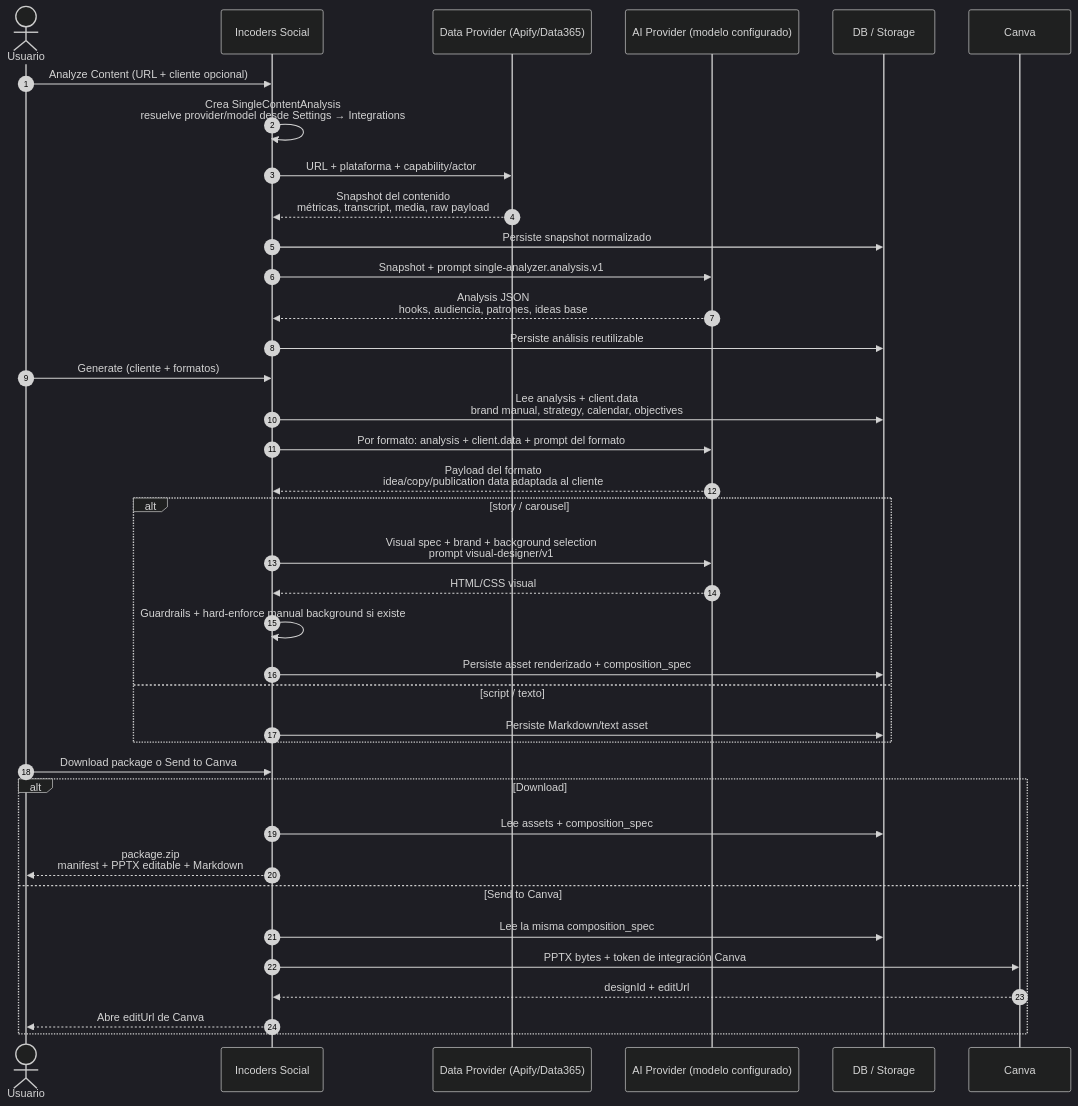
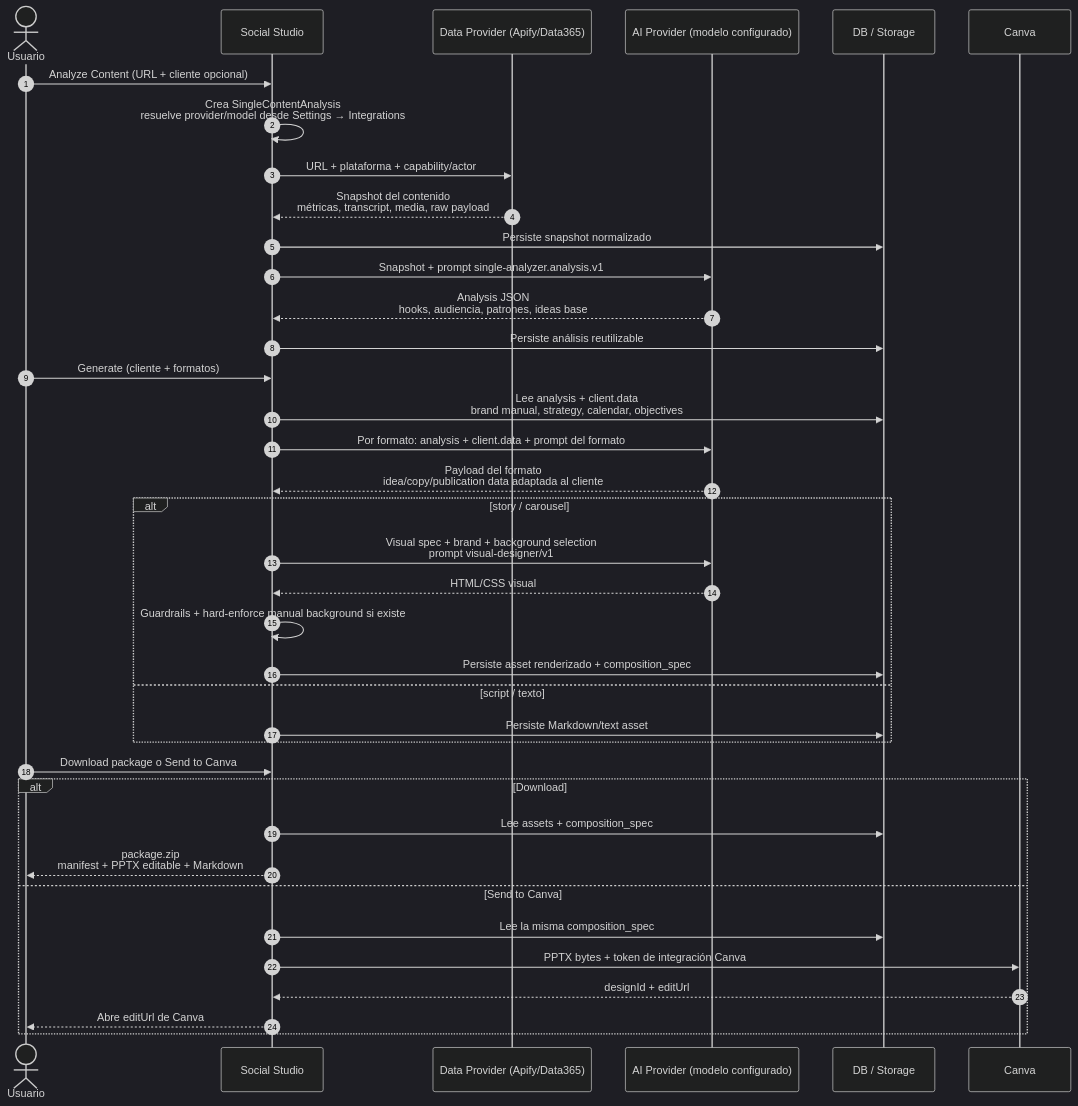
The diagram in docs/architecture/diagrams/single-analyzer-flow.md (montesgp/social-studio), drawn with Mermaid (dark theme) before and after one commit. The commit also changed other lines of this file and 3933 other files, not shown here.

First line of the commit message:
refactor!: rename Incoders.Hive to SocialStudio

````diff
--- a/docs/architecture/diagrams/single-analyzer-flow.md
+++ b/docs/architecture/diagrams/single-analyzer-flow.md
@@ -8,44 +8,44 @@
 ```mermaid
 sequenceDiagram
     autonumber
     actor User as Usuario
-    participant Hive as Incoders Social
+    participant Hive as Social Studio
     participant Data as Data Provider (Apify/Data365)
     participant AI as AI Provider (modelo configurado)
     participant Store as DB / Storage
     participant Canva as Canva
 
     User->>Hive: Analyze Content (URL + cliente opcional)
     Hive->>Hive: Crea SingleContentAnalysis<br/>resuelve provider/model desde Settings → Integrations
     Hive->>Data: URL + plataforma + capability/actor
     Data-->>Hive: Snapshot del contenido<br/>métricas, transcript, media, raw payload
     Hive->>Store: Persiste snapshot normalizado
     Hive->>AI: Snapshot + prompt single-analyzer.analysis.v1
     AI-->>Hive: Analysis JSON<br/>hooks, audiencia, patrones, ideas base
     Hive->>Store: Persiste análisis reutilizable
 
     User->>Hive: Generate (cliente + formatos)
     Hive->>Store: Lee analysis + client.data<br/>brand manual, strategy, calendar, objectives
     Hive->>AI: Por formato: analysis + client.data + prompt del formato
     AI-->>Hive: Payload del formato<br/>idea/copy/publication data adaptada al cliente
 
     alt story / carousel
         Hive->>AI: Visual spec + brand + background selection<br/>prompt visual-designer/v1
         AI-->>Hive: HTML/CSS visual
         Hive->>Hive: Guardrails + hard-enforce manual background si existe
         Hive->>Store: Persiste asset renderizado + composition_spec
     else script / texto
         Hive->>Store: Persiste Markdown/text asset
     end
 
     User->>Hive: Download package o Send to Canva
     alt Download
         Hive->>Store: Lee assets + composition_spec
         Hive-->>User: package.zip<br/>manifest + PPTX editable + Markdown
     else Send to Canva
         Hive->>Store: Lee la misma composition_spec
         Hive->>Canva: PPTX bytes + token de integración Canva
         Canva-->>Hive: designId + editUrl
         Hive-->>User: Abre editUrl de Canva
     end
 ```
````
